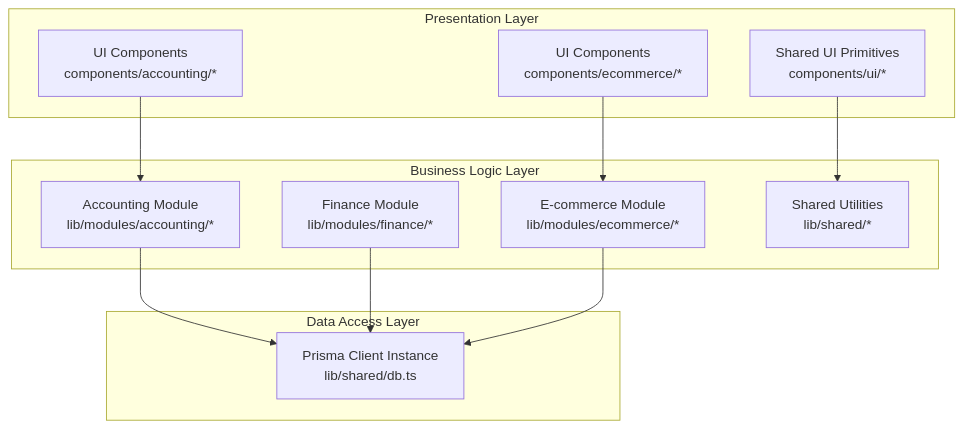
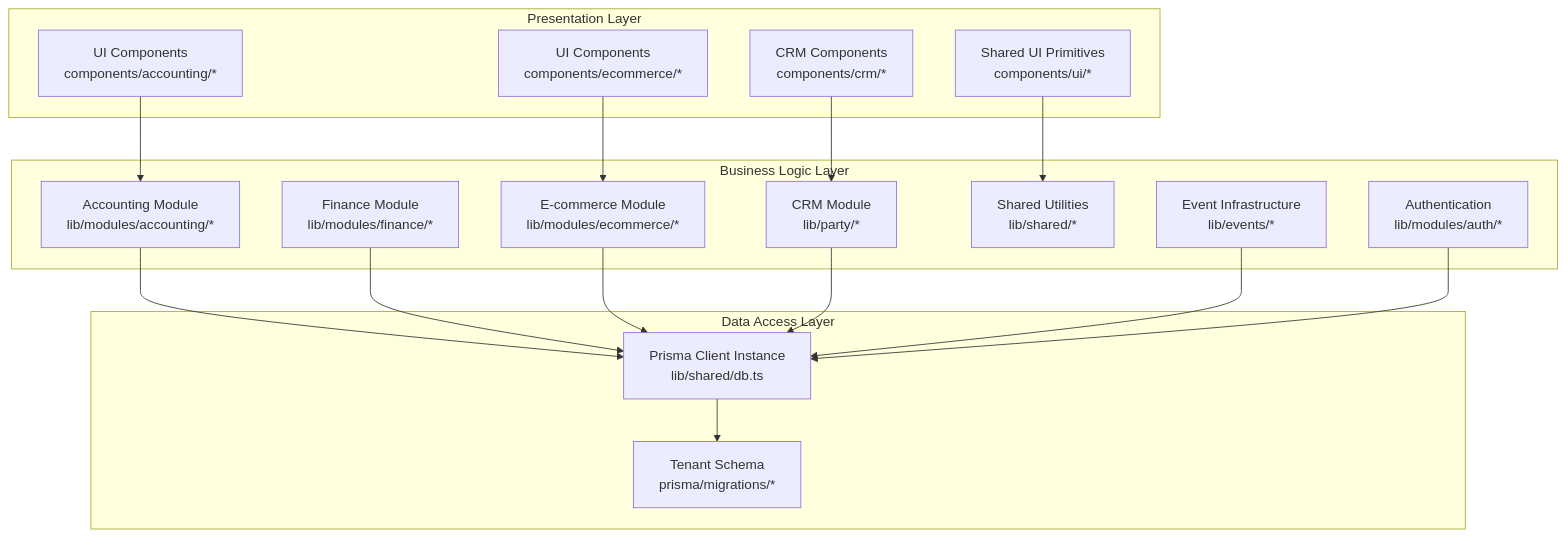
Before and after one commit to nzey11/erp-new: the first of 12 diagrams in .qoder/repowiki/en/content/Architecture Overview/System Design Patterns.md, drawn with Mermaid. The commit also changed other lines of this file and 6 other files, not shown here.

Commit message:
fix(tests): create tenant membership for users in auth tests

````diff
--- a/.qoder/repowiki/en/content/Architecture Overview/System Design Patterns.md
+++ b/.qoder/repowiki/en/content/Architecture Overview/System Design Patterns.md
@@ -53,23 +78,33 @@
 ```mermaid
 graph TB
 subgraph "Presentation Layer"
 UI_Accounting["UI Components<br/>components/accounting/*"]
 UI_Ecommerce["UI Components<br/>components/ecommerce/*"]
+UI_CRM["CRM Components<br/>components/crm/*"]
 UI_Shared["Shared UI Primitives<br/>components/ui/*"]
 end
 subgraph "Business Logic Layer"
 Lib_Accounting["Accounting Module<br/>lib/modules/accounting/*"]
 Lib_Finance["Finance Module<br/>lib/modules/finance/*"]
 Lib_Ecommerce["E-commerce Module<br/>lib/modules/ecommerce/*"]
+Lib_CRM["CRM Module<br/>lib/party/*"]
 Lib_Shared["Shared Utilities<br/>lib/shared/*"]
+Lib_Events["Event Infrastructure<br/>lib/events/*"]
+Lib_Auth["Authentication<br/>lib/modules/auth/*"]
 end
 subgraph "Data Access Layer"
 Prisma["Prisma Client Instance<br/>lib/shared/db.ts"]
+TenantSchema["Tenant Schema<br/>prisma/migrations/*"]
 end
 UI_Accounting --> Lib_Accounting
 UI_Ecommerce --> Lib_Ecommerce
+UI_CRM --> Lib_CRM
 UI_Shared --> Lib_Shared
 Lib_Accounting --> Prisma
 Lib_Finance --> Prisma
 Lib_Ecommerce --> Prisma
+Lib_CRM --> Prisma
+Lib_Events --> Prisma
+Lib_Auth --> Prisma
+Prisma --> TenantSchema
 ```
````
